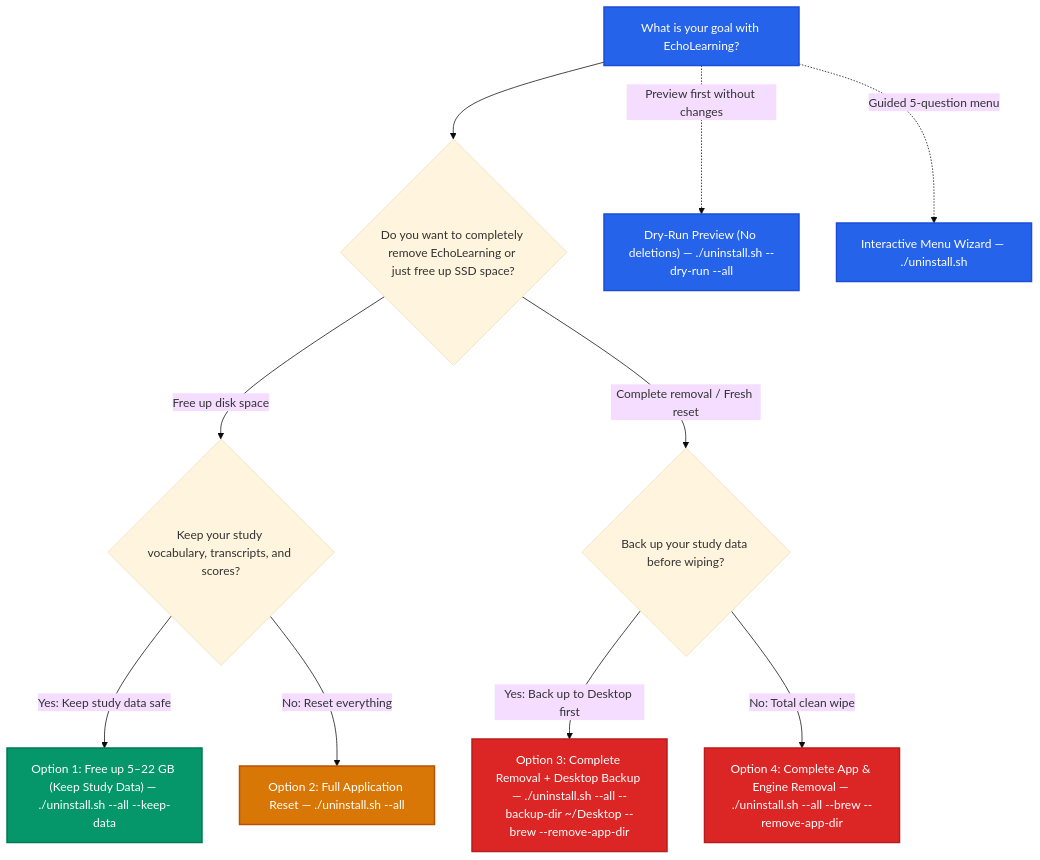
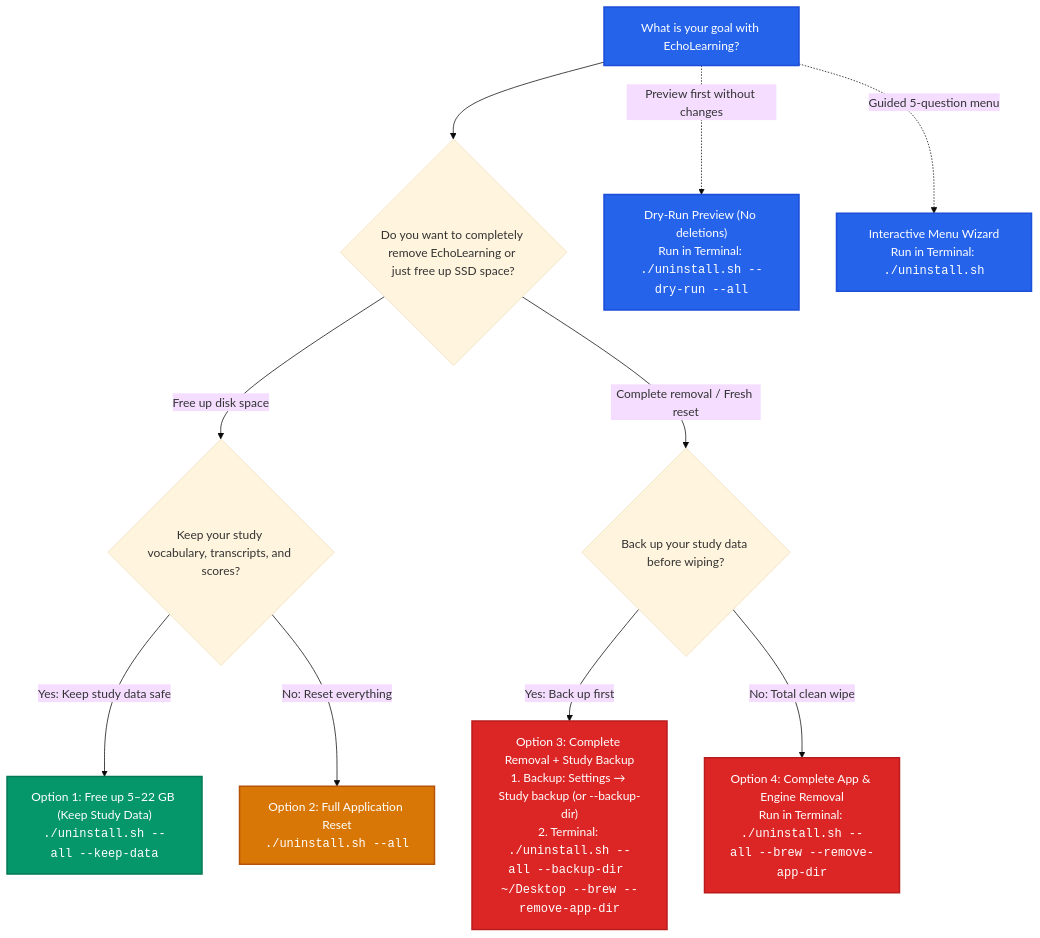
Before and after one commit to NinjaRoboticsEducation/EchoLearning: the sixth of 6 diagrams in README.md, drawn with Mermaid (base theme). The commit also changed other lines of this file and 10 other files, not shown here.

````diff
--- a/README.md
+++ b/README.md
@@ -677,25 +688,25 @@
 ```mermaid
 flowchart TD
     START["What is your goal with EchoLearning?"] --> Q1{"Do you want to completely remove EchoLearning or just free up SSD space?"}
 
     Q1 -- "Free up disk space" --> Q2{"Keep your study vocabulary, transcripts, and scores?"}
     Q1 -- "Complete removal / Fresh reset" --> Q3{"Back up your study data before wiping?"}
 
-    Q2 -- "Yes: Keep study data safe" --> OPT1["Option 1: Free up 5–22 GB (Keep Study Data) — ./uninstall.sh --all --keep-data"]
-    Q2 -- "No: Reset everything" --> OPT2["Option 2: Full Application Reset — ./uninstall.sh --all"]
+    Q2 -- "Yes: Keep study data safe" --> OPT1["Option 1: Free up 5–22 GB (Keep Study Data)<br/><code>./uninstall.sh --all --keep-data</code>"]
+    Q2 -- "No: Reset everything" --> OPT2["Option 2: Full Application Reset<br/><code>./uninstall.sh --all</code>"]
 
-    Q3 -- "Yes: Back up to Desktop first" --> OPT3["Option 3: Complete Removal + Desktop Backup — ./uninstall.sh --all --backup-dir ~/Desktop --brew --remove-app-dir"]
-    Q3 -- "No: Total clean wipe" --> OPT4["Option 4: Complete App & Engine Removal — ./uninstall.sh --all --brew --remove-app-dir"]
+    Q3 -- "Yes: Back up first" --> OPT3["Option 3: Complete Removal + Study Backup<br/>1. Backup: Settings → Study backup (or --backup-dir)<br/>2. Terminal: <code>./uninstall.sh --all --backup-dir ~/Desktop --brew --remove-app-dir</code>"]
+    Q3 -- "No: Total clean wipe" --> OPT4["Option 4: Complete App & Engine Removal<br/>Run in Terminal: <code>./uninstall.sh --all --brew --remove-app-dir</code>"]
 
-    START -. "Preview first without changes" .-> PREVIEW["Dry-Run Preview (No deletions) — ./uninstall.sh --dry-run --all"]
-    START -. "Guided 5-question menu" .-> WIZARD["Interactive Menu Wizard — ./uninstall.sh"]
+    START -. "Preview first without changes" .-> PREVIEW["Dry-Run Preview (No deletions)<br/>Run in Terminal: <code>./uninstall.sh --dry-run --all</code>"]
+    START -. "Guided 5-question menu" .-> WIZARD["Interactive Menu Wizard<br/>Run in Terminal: <code>./uninstall.sh</code>"]
 
     classDef primary fill:#2563eb,stroke:#1d4ed8,color:#ffffff,stroke-width:2px;
     classDef safe fill:#059669,stroke:#047857,color:#ffffff,stroke-width:2px;
     classDef warning fill:#d97706,stroke:#b45309,color:#ffffff,stroke-width:2px;
     classDef danger fill:#dc2626,stroke:#b91c1c,color:#ffffff,stroke-width:2px;
     class OPT1 safe;
     class OPT2 warning;
     class OPT3,OPT4 danger;
     class START,PREVIEW,WIZARD primary;
 ```
````
